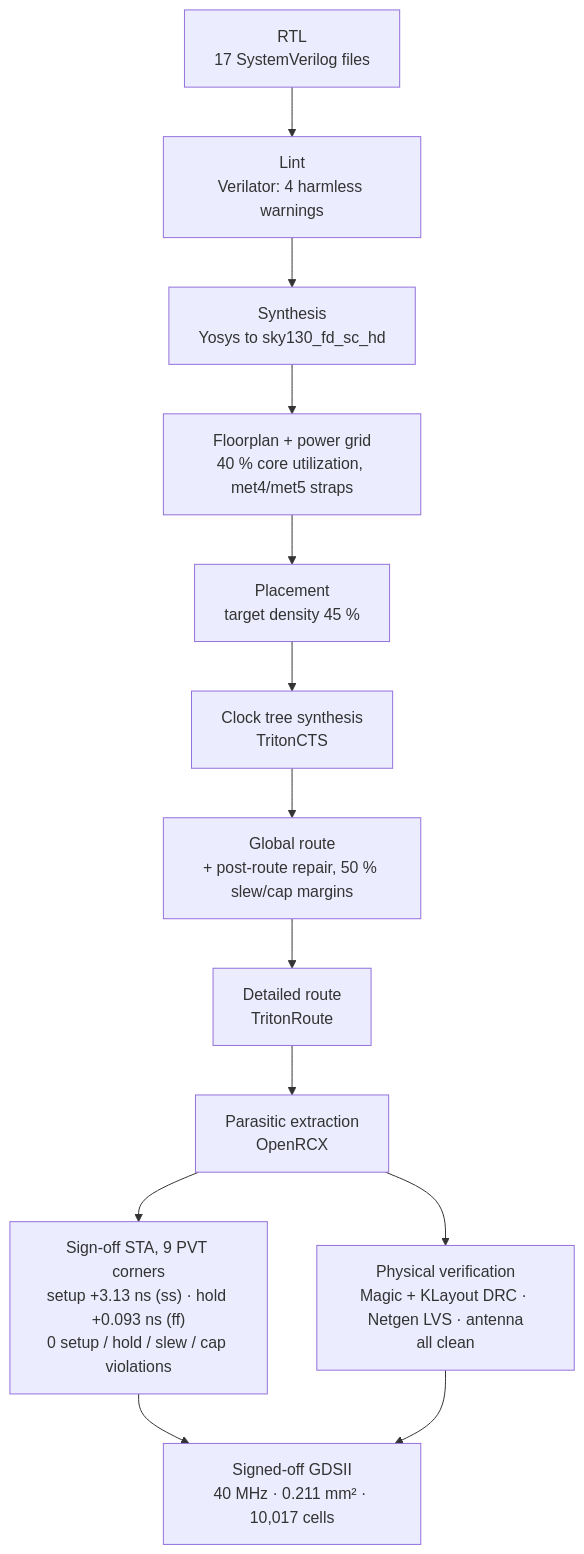
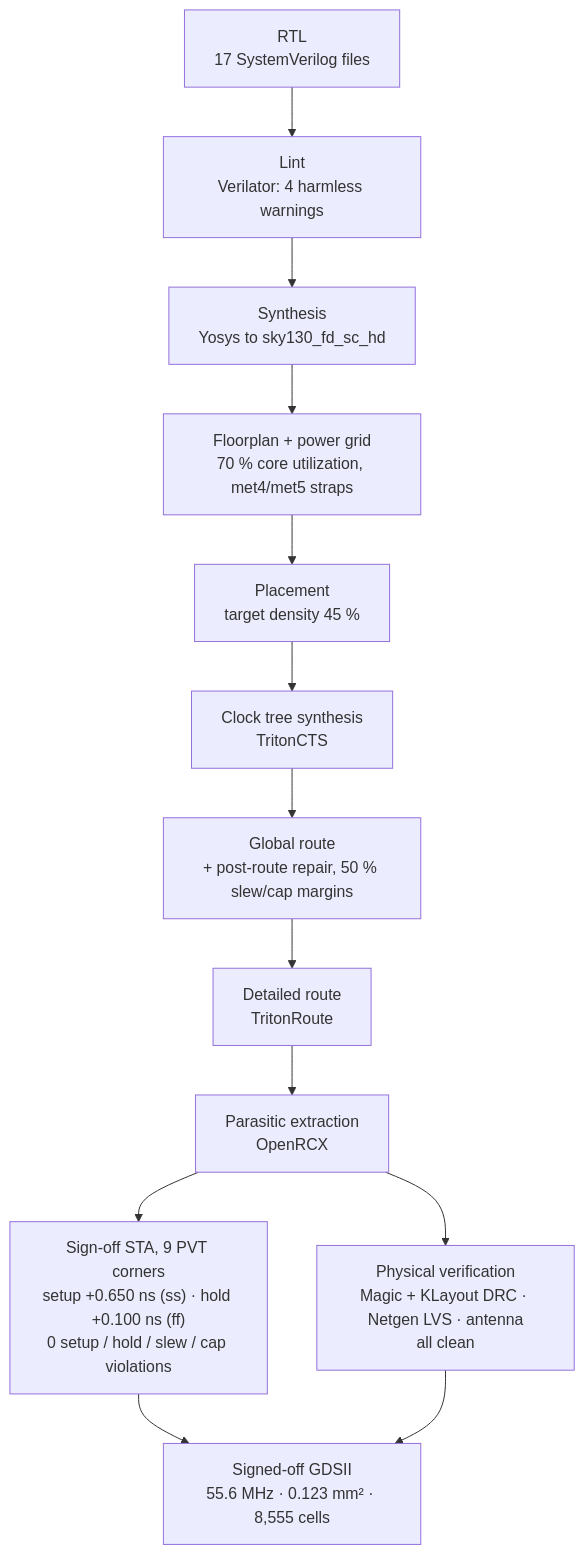
Before and after one commit to Ajeeth93/riscv32i-5stage-pipelined-cpu: the diagram in README.md, drawn with Mermaid. The commit also changed other lines of this file and 3 other files, not shown here.

````diff
--- a/README.md
+++ b/README.md
@@ -43,15 +43,15 @@
 ```mermaid
 flowchart TD
     RTL["RTL<br/>17 SystemVerilog files"] --> LINT["Lint<br/>Verilator: 4 harmless warnings"]
     LINT --> SYN["Synthesis<br/>Yosys to sky130_fd_sc_hd"]
-    SYN --> FP["Floorplan + power grid<br/>40 % core utilization, met4/met5 straps"]
+    SYN --> FP["Floorplan + power grid<br/>70 % core utilization, met4/met5 straps"]
     FP --> PL["Placement<br/>target density 45 %"]
     PL --> CTS["Clock tree synthesis<br/>TritonCTS"]
     CTS --> GRT["Global route<br/>+ post-route repair, 50 % slew/cap margins"]
     GRT --> DRT["Detailed route<br/>TritonRoute"]
     DRT --> RCX["Parasitic extraction<br/>OpenRCX"]
-    RCX --> STA["Sign-off STA, 9 PVT corners<br/>setup +3.13 ns (ss) · hold +0.093 ns (ff)<br/>0 setup / hold / slew / cap violations"]
+    RCX --> STA["Sign-off STA, 9 PVT corners<br/>setup +0.650 ns (ss) · hold +0.100 ns (ff)<br/>0 setup / hold / slew / cap violations"]
     RCX --> PV["Physical verification<br/>Magic + KLayout DRC · Netgen LVS · antenna<br/>all clean"]
-    STA --> GDS["Signed-off GDSII<br/>40 MHz · 0.211 mm² · 10,017 cells"]
+    STA --> GDS["Signed-off GDSII<br/>55.6 MHz · 0.123 mm² · 8,555 cells"]
     PV --> GDS
 ```
````
